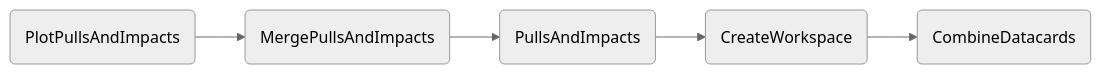
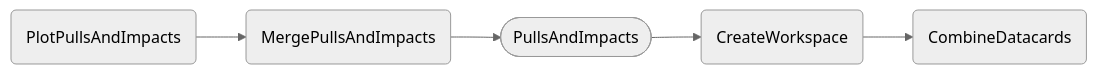
Before and after one commit to cms-hh/inference_tools: the diagram in docs/content/tasks/pullsandimpacts.md, drawn with Mermaid (neutral theme). The commit also changed other lines of this file and 6 other files, not shown here.

Commit message:
Mark workflows in docs dependency graphs.

````diff
--- a/docs/content/tasks/pullsandimpacts.md
+++ b/docs/content/tasks/pullsandimpacts.md
@@ -26,7 +26,7 @@
 ```mermaid
 graph LR;
     A(PlotPullsAndImpacts) --> B(MergePullsAndImpacts);
-    B --> C(PullsAndImpacts);
+    B --> C([PullsAndImpacts]);
     C --> D(CreateWorkspace);
     D --> E(CombineDatacards);
 ```
````
